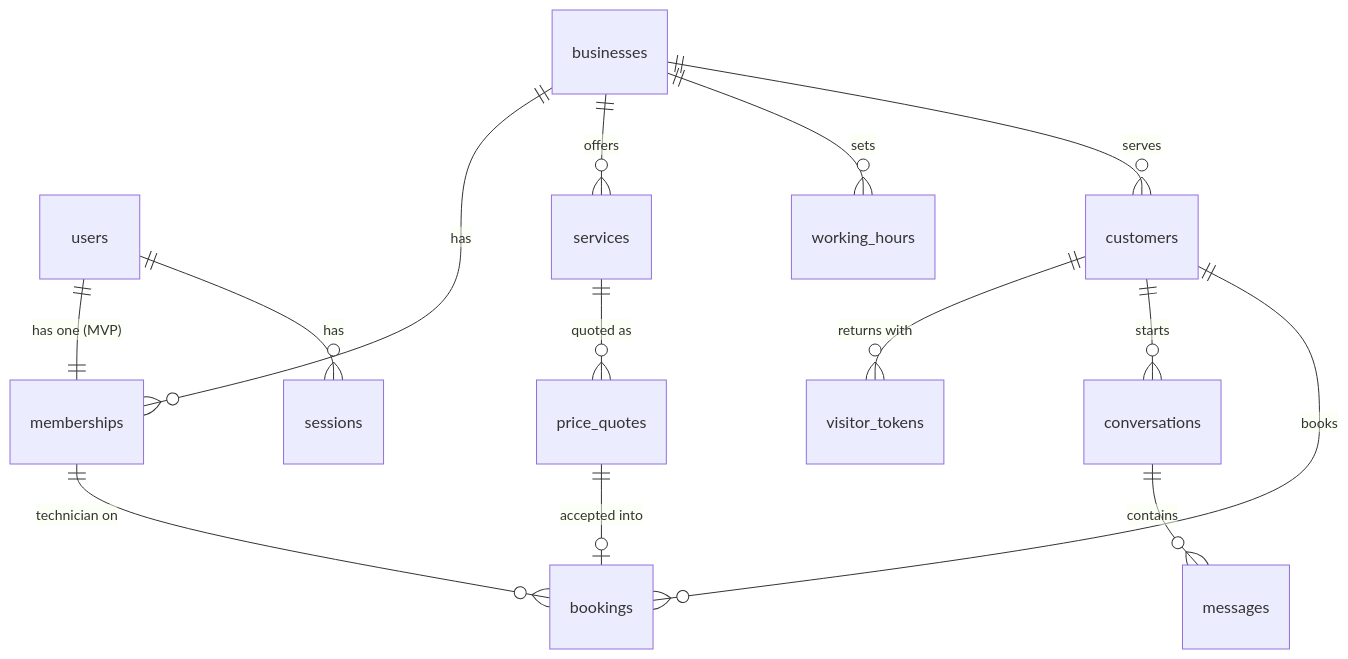
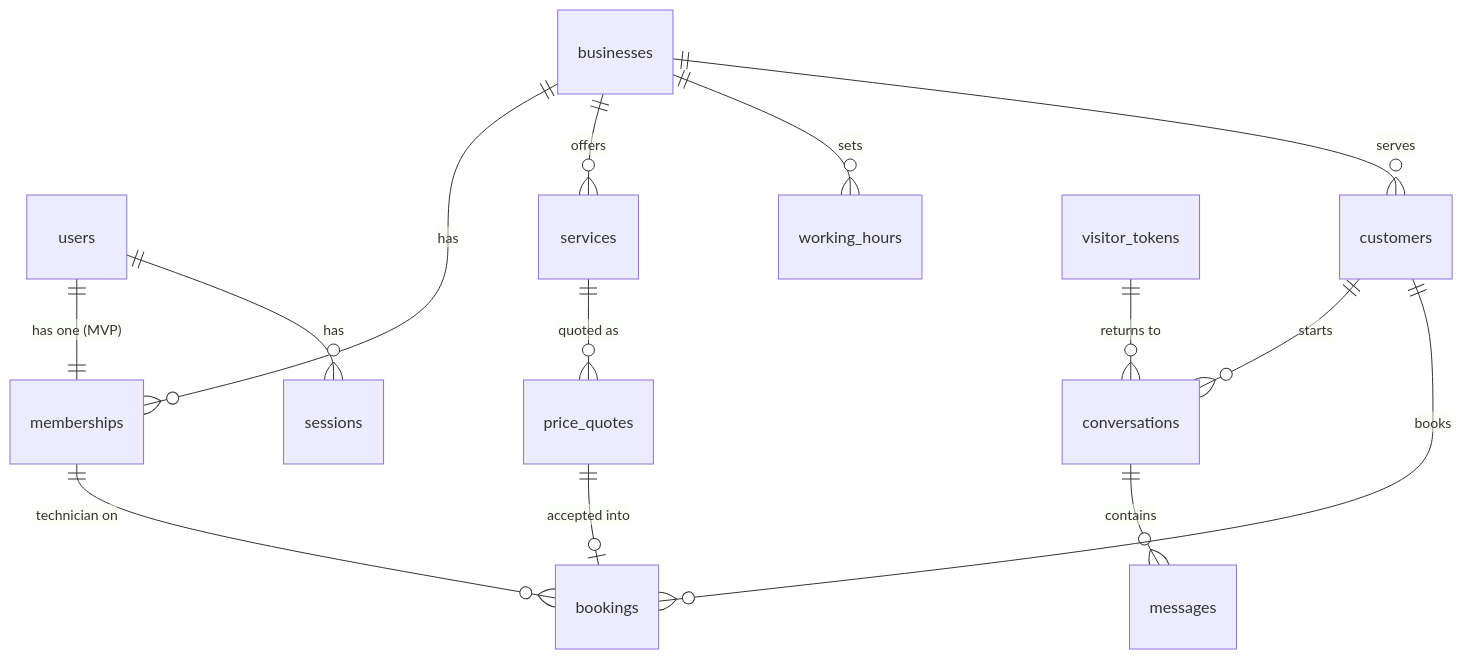
Before and after one commit to nithinmanayilghub/sevadesk: the fourth of 4 diagrams in _bmad-output/planning-artifacts/architecture/architecture-seva-desk-2026-11-01/ARCHITECTURE-SPINE.md, drawn with Mermaid. The commit also changed 3 other files, not shown here.

Commit message:
docs: inbox in the architecture map, glossary, and ER

````diff
--- a/_bmad-output/planning-artifacts/architecture/architecture-seva-desk-2026-11-01/ARCHITECTURE-SPINE.md
+++ b/_bmad-output/planning-artifacts/architecture/architecture-seva-desk-2026-11-01/ARCHITECTURE-SPINE.md
@@ -315,16 +315,16 @@
 ```mermaid
 erDiagram
   businesses ||--o{ memberships : has
   users ||--|| memberships : "has one (MVP)"
   users ||--o{ sessions : has
   businesses ||--o{ services : offers
   businesses ||--o{ working_hours : sets
   businesses ||--o{ customers : serves
-  customers ||--o{ visitor_tokens : "returns with"
+  visitor_tokens ||--o{ conversations : "returns to"
   customers ||--o{ conversations : starts
   conversations ||--o{ messages : contains
   services ||--o{ price_quotes : "quoted as"
   price_quotes ||--o| bookings : "accepted into"
   customers ||--o{ bookings : books
   memberships ||--o{ bookings : "technician on"
 ```
````
